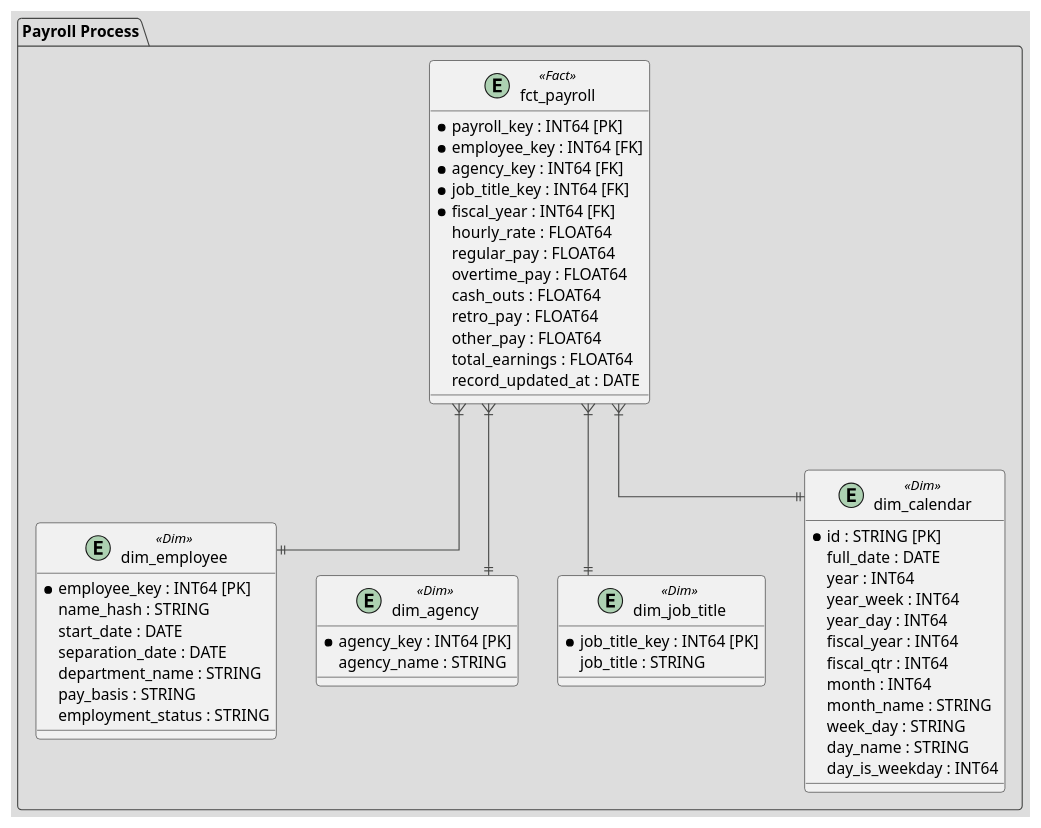
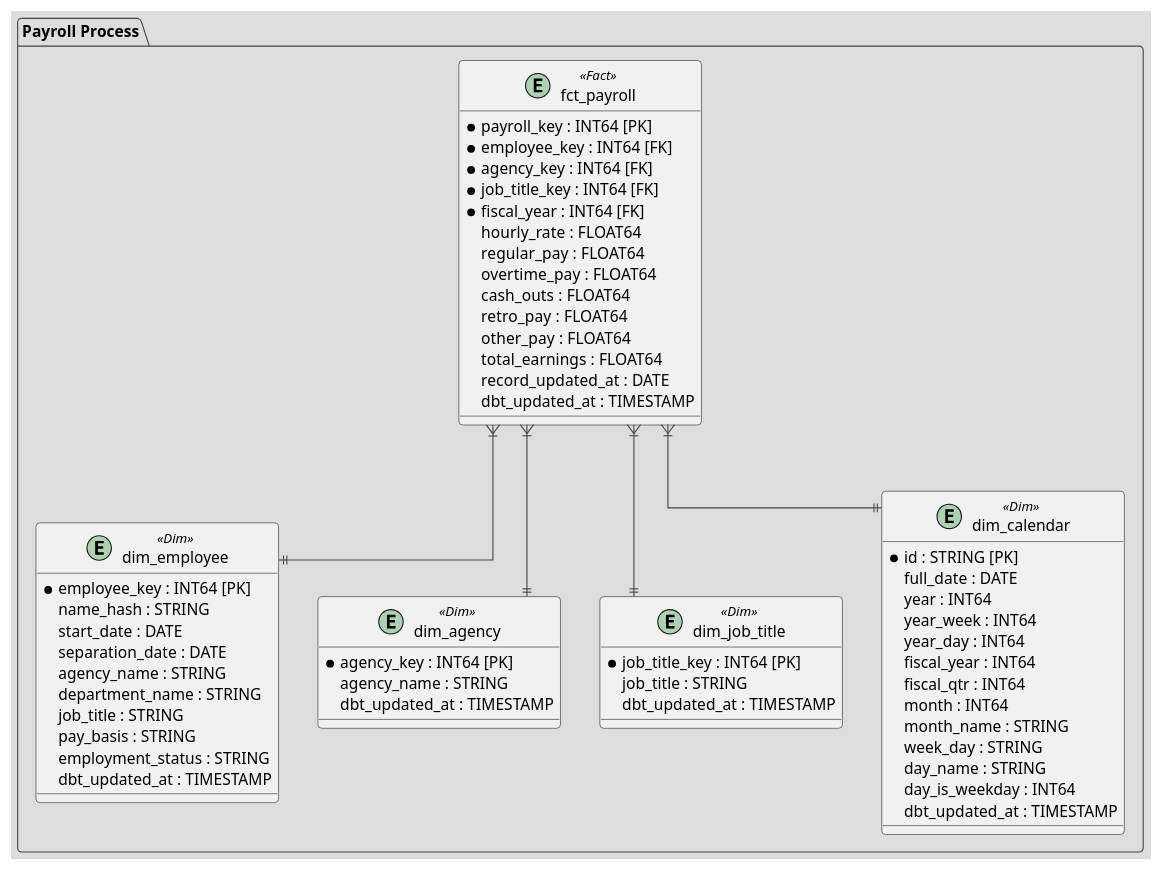
Before and after one commit to Kadiax/mta-payroll-nyc: the diagram in documentation/diagrams/source_code/erd_mta_physical_model.puml, drawn with PlantUML. The commit also changed 10 other files, not shown here.

```diff
--- a/documentation/diagrams/source_code/erd_mta_physical_model.puml
+++ b/documentation/diagrams/source_code/erd_mta_physical_model.puml
@@ -1,66 +1,73 @@
 @startuml
 !theme toy
 skinparam linetype ortho
 
 ' --- STAR 1 : PAYROLL ---
 package "Payroll Process" {
 
     entity "dim_employee" as DE1 <<Dim>> {
         * employee_key : INT64 [PK]
          name_hash : STRING
          start_date : DATE
          separation_date : DATE
+         agency_name : STRING
          department_name : STRING
+         job_title : STRING
          pay_basis : STRING
          employment_status : STRING
+         dbt_updated_at : TIMESTAMP
     }
     entity "dim_agency" as DA1 <<Dim>> {
         * agency_key : INT64 [PK]
          agency_name : STRING
+         dbt_updated_at : TIMESTAMP
     }
     entity "dim_job_title" as DJT1 <<Dim>> {
         * job_title_key : INT64 [PK]
          job_title : STRING
+         dbt_updated_at : TIMESTAMP
     }
     entity "dim_calendar" as DC1 <<Dim>> {
         * id : STRING [PK]
          full_date : DATE
          year : INT64
          year_week : INT64
          year_day : INT64
          fiscal_year : INT64
          fiscal_qtr : INT64
          month : INT64
          month_name : STRING
          week_day : STRING
          day_name : STRING
-         day_is_weekday : INT64
+         day_is_weekday : INT64 
+         dbt_updated_at : TIMESTAMP
     }
 
 
     entity "fct_payroll" as FP <<Fact>> {
         * payroll_key : INT64 [PK]
         * employee_key : INT64 [FK]
         * agency_key : INT64 [FK]
         * job_title_key : INT64 [FK]
         * fiscal_year : INT64 [FK]
          hourly_rate : FLOAT64
          regular_pay : FLOAT64
          overtime_pay : FLOAT64
          cash_outs : FLOAT64
          retro_pay : FLOAT64
          other_pay : FLOAT64
          total_earnings : FLOAT64
          record_updated_at : DATE
+         dbt_updated_at : TIMESTAMP
     }
 
     FP }|--|| DE1
     FP }|--|| DA1
     FP }|--|| DJT1
     FP }|--|| DC1
 
 }
 
 
 
 @enduml
```
